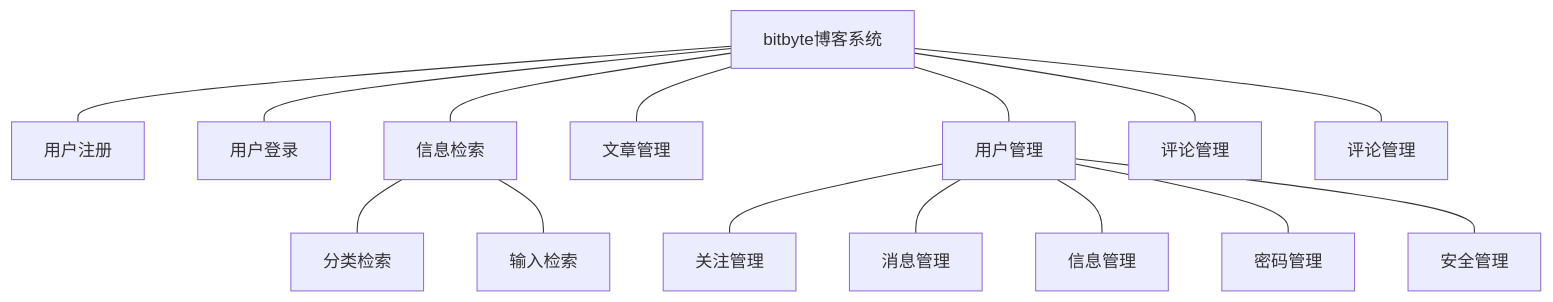
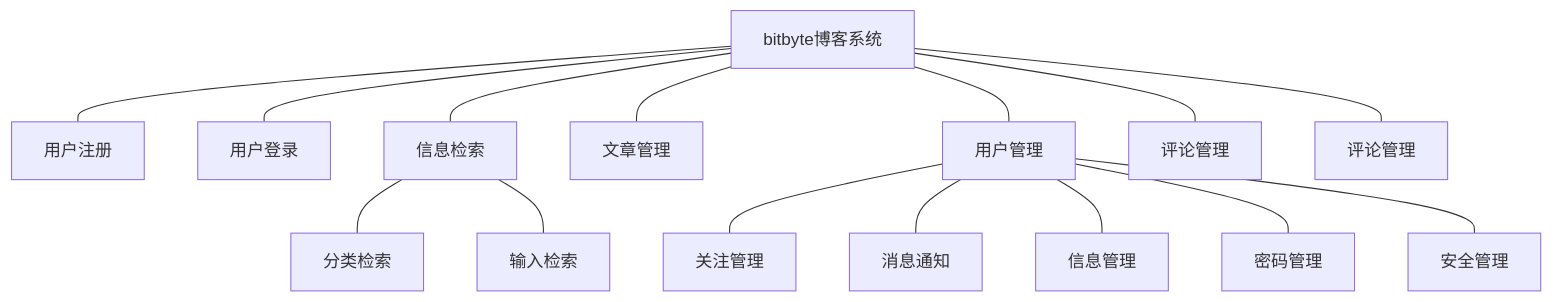
Before and after one commit to a13835614623/bitbyte-web: the diagram in README.md, drawn with Mermaid. The commit also changed 1 other file, not shown here.

Commit message:
更改消息管理为消息通知

````diff
--- a/README.md
+++ b/README.md
@@ -11,18 +11,18 @@
 ```mermaid
 graph TB
     s[bitbyte博客系统]
     s --- 用户注册;
     s --- 用户登录;
     s --- search[信息检索];
     search --- 分类检索;
     search --- 输入检索;
     s --- article[文章管理];
     s --- user[用户管理];
     s --- com[评论管理];
     user --- sub[关注管理];
-    user --- 消息管理;
+    user --- 消息通知;
     user --- 信息管理;
     user --- 密码管理;
     user --- 安全管理;
     s --- 评论管理;
 ```
````
